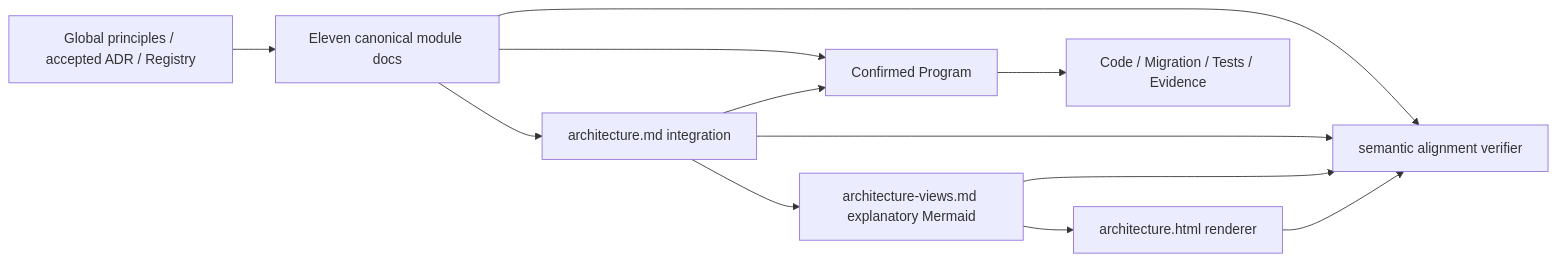
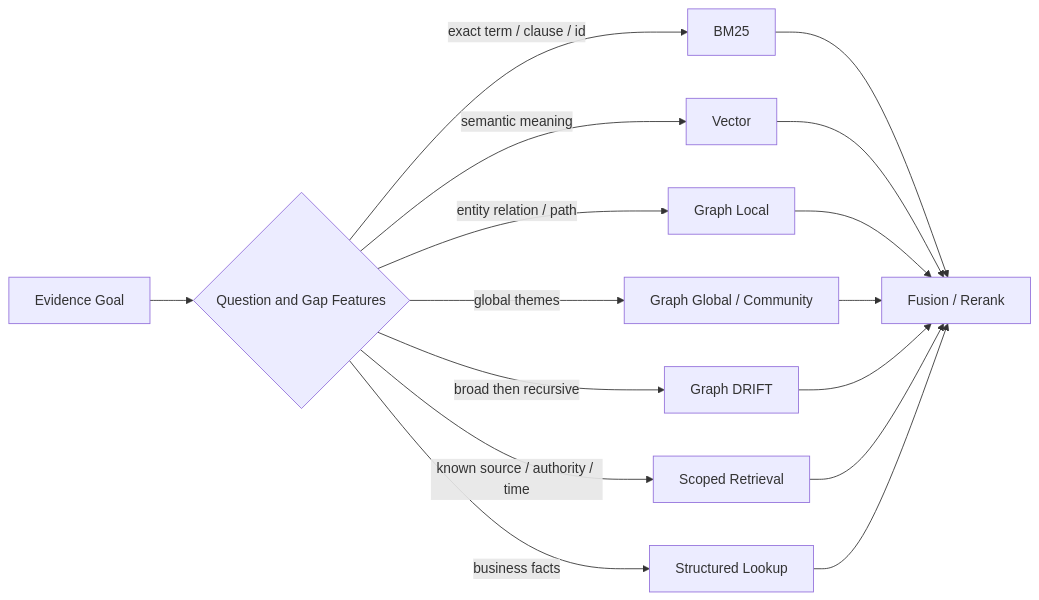
The seventh of 17 diagrams in docs/architecture/architecture-views.md (ProfessorZhi/Zuno), drawn with Mermaid before and after one commit. The commit also changed other lines of this file, not shown here.

Commit message:
docs(architecture): refresh architecture v2 visual atlas [agent=chatgpt model=gpt-5.6-thinking worker=chatgpt-architecture-v2-001]

````diff
--- a/docs/architecture/architecture-views.md
+++ b/docs/architecture/architecture-views.md
@@ -101,10 +199,19 @@
 ```mermaid
 flowchart LR
-  ADR[Global principles / accepted ADR / Registry] --> MOD[Eleven canonical module docs]
-  MOD --> ARCH[architecture.md integration]
-  ARCH --> VIEWS[architecture-views.md explanatory Mermaid]
-  VIEWS --> HTML[architecture.html renderer]
-  MOD & ARCH --> PROGRAM[Confirmed Program]
-  PROGRAM --> CODE[Code / Migration / Tests / Evidence]
-  MOD & ARCH & VIEWS & HTML --> GUARD[semantic alignment verifier]
+    G[Evidence Goal] --> D{Question and Gap Features}
+    D -->|exact term / clause / id| B[BM25]
+    D -->|semantic meaning| V[Vector]
+    D -->|entity relation / path| L[Graph Local]
+    D -->|global themes| GL[Graph Global / Community]
+    D -->|broad then recursive| DR[Graph DRIFT]
+    D -->|known source / authority / time| SS[Scoped Retrieval]
+    D -->|business facts| ST[Structured Lookup]
+
+    B --> F[Fusion / Rerank]
+    V --> F
+    L --> F
+    GL --> F
+    DR --> F
+    SS --> F
+    ST --> F
 ```
````
